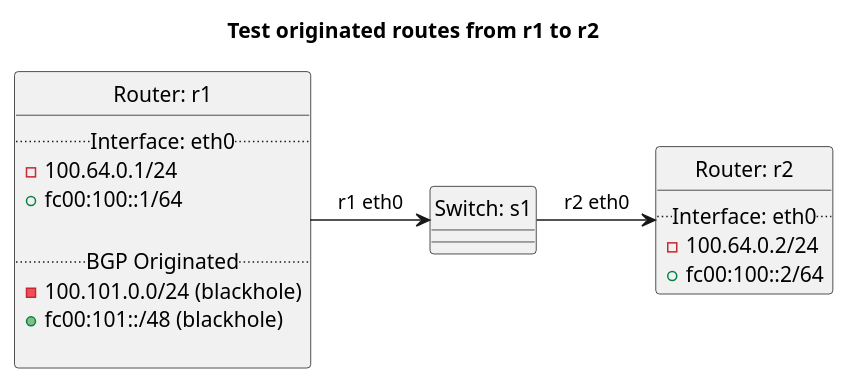
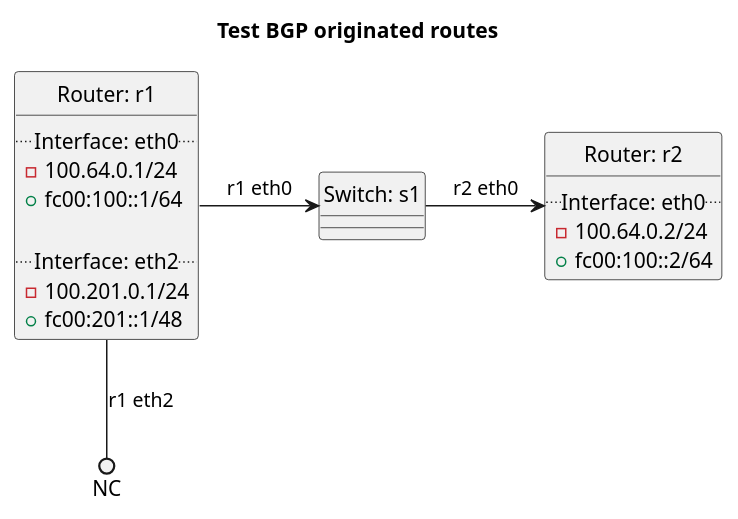
The diagram in tests/t40_bgp/t26_accept_originated/README.md (oscdev-io/birdplan), drawn with PlantUML before and after one commit. The commit also changed other lines of this file and 1499 other files, not shown here.

````diff
--- a/tests/t40_bgp/t26_accept_originated/README.md
+++ b/tests/t40_bgp/t26_accept_originated/README.md
@@ -16,33 +15,33 @@
 ```plantuml
 @startuml
 hide circle
-title Test originated routes from r1 to r2
+title Test BGP originated routes
 
 
 class "Router: r1" {
   .. Interface: eth0 ..
 - 100.64.0.1/24
 + fc00:100::1/64
 
-  .. BGP Originated ..
-- 100.101.0.0/24 (blackhole)
-+ fc00:101::/48 (blackhole)
-
+  .. Interface: eth2 ..
+- 100.201.0.1/24
++ fc00:201::1/48
 }
 
 
 class "Router: r2" {
   .. Interface: eth0 ..
 - 100.64.0.2/24
 + fc00:100::2/64
 }
 
 
 class "Switch: s1" {}
 
 
 "Router: r1" -> "Switch: s1": r1 eth0
 "Switch: s1" -> "Router: r2": r2 eth0
+"Router: r1" --() NC: r1 eth2
 
 @enduml
 ```
````
